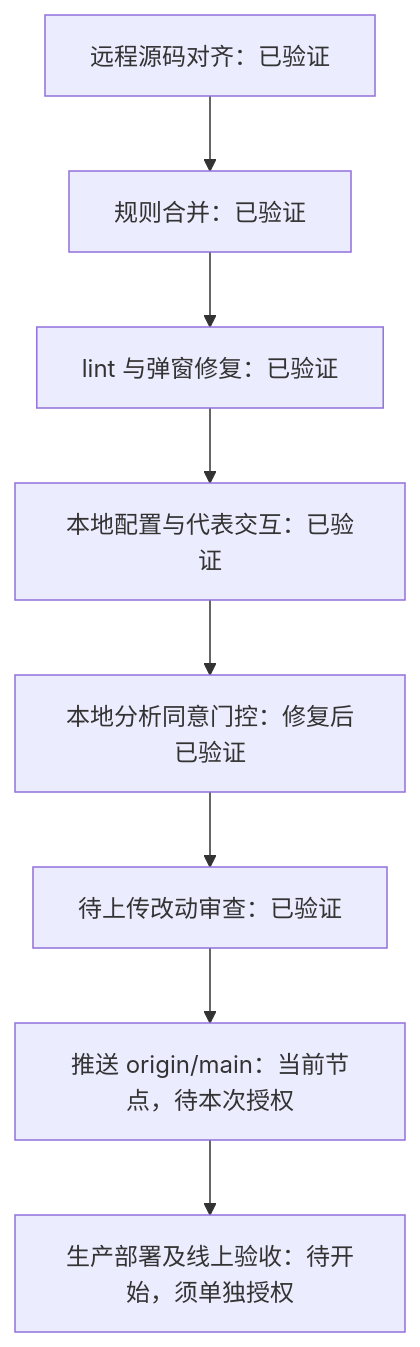
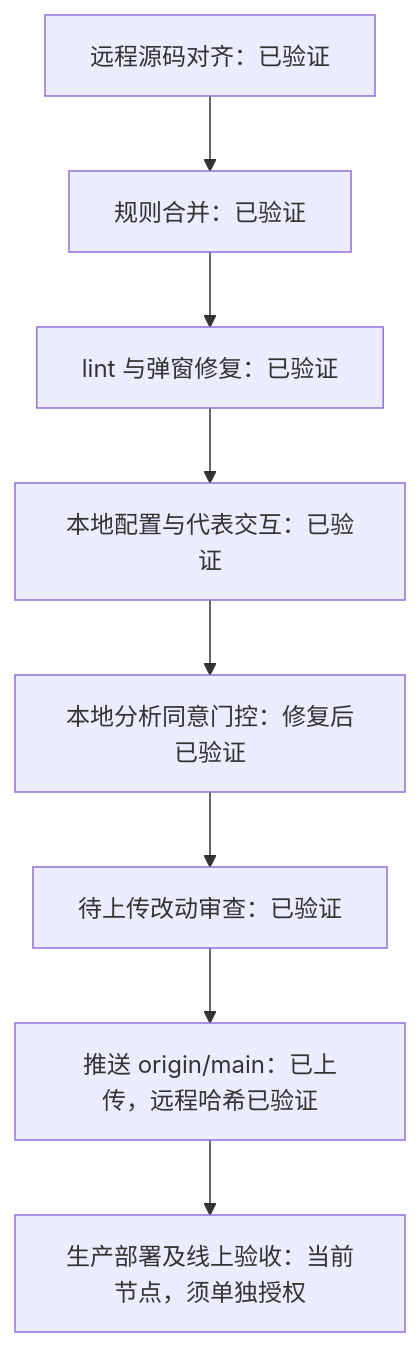
One commit to forfunly/seineshop changed the diagram in docs/project-progress.md. Above: the diagram before and after it, drawn with Mermaid. The commit also changed other lines of this file and 3 other files, not shown here.

````diff
--- a/docs/project-progress.md
+++ b/docs/project-progress.md
@@ -11,10 +11,10 @@
 ```mermaid
 flowchart TD
     A[远程源码对齐：已验证] --> B[规则合并：已验证]
     B --> C[lint 与弹窗修复：已验证]
     C --> D[本地配置与代表交互：已验证]
     D --> G[本地分析同意门控：修复后已验证]
     G --> R[待上传改动审查：已验证]
-    R --> E[推送 origin/main：当前节点，待本次授权]
-    E --> F[生产部署及线上验收：待开始，须单独授权]
+    R --> E[推送 origin/main：已上传，远程哈希已验证]
+    E --> F[生产部署及线上验收：当前节点，须单独授权]
 ```
````
